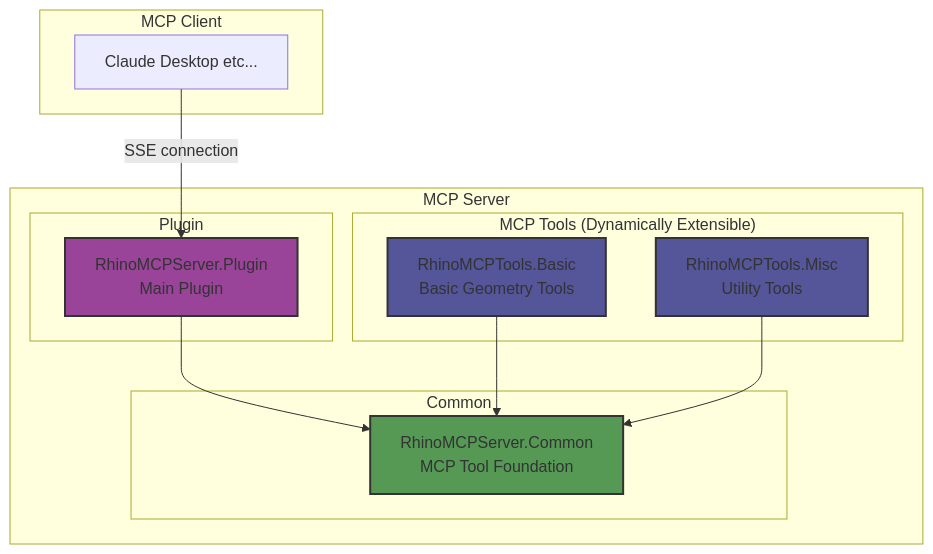
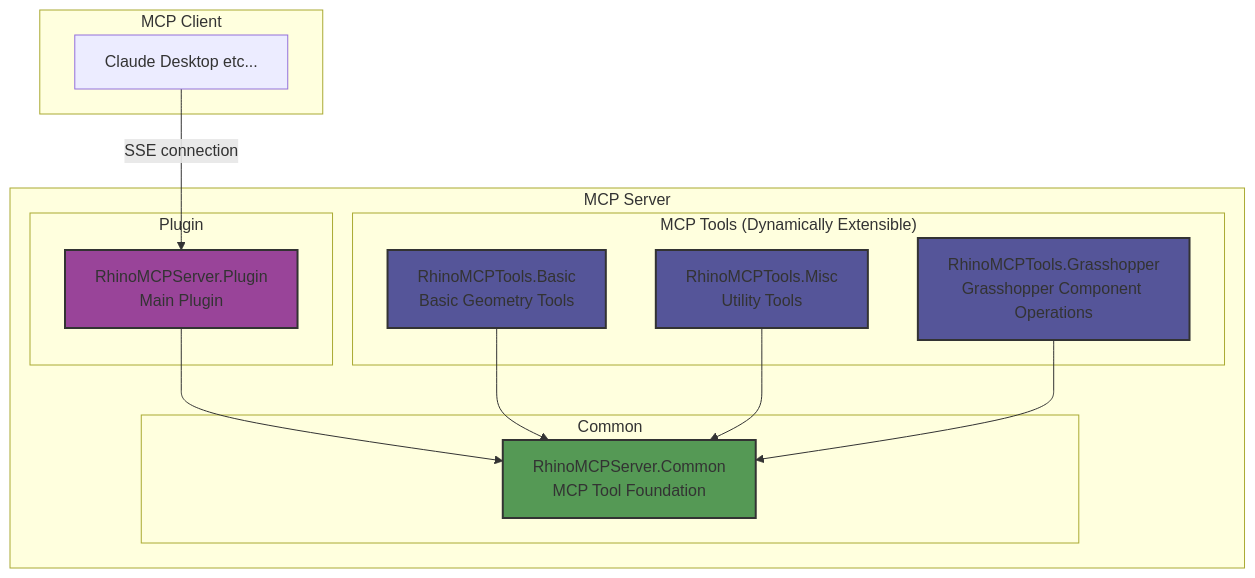
The diagram in README.md (4kk11/RhinoMCPServer), drawn with Mermaid before and after one commit. The commit also changed other lines of this file and 2 other files, not shown here.

````diff
--- a/README.md
+++ b/README.md
@@ -19,35 +19,36 @@
 ```mermaid
 graph TB
     subgraph MCP Client
       X[Claude Desktop etc...]
     end
 
     subgraph MCP Server
       subgraph Plugin
           A[RhinoMCPServer.Plugin<br>Main Plugin]
       end
 
       subgraph Common
           B[RhinoMCPServer.Common<br>MCP Tool Foundation]
       end
 
       subgraph "MCP Tools (Dynamically Extensible)"
           C[RhinoMCPTools.Basic<br>Basic Geometry Tools]
           D[RhinoMCPTools.Misc<br>Utility Tools]
+          E[RhinoMCPTools.Grasshopper<br>Grasshopper Component Operations]
       end
     end
-
 
     A --> B
     C --> B
     D --> B
+    E --> B
     X -->|"SSE connection"| A
 
     classDef plugin fill:#949,stroke:#333,stroke-width:2px;
     classDef common fill:#595,stroke:#333,stroke-width:2px;
     classDef tools fill:#559,stroke:#333,stroke-width:2px;
 
     class A plugin;
     class B common;
-    class C,D tools;
+    class C,D,E tools;
 ```
````
